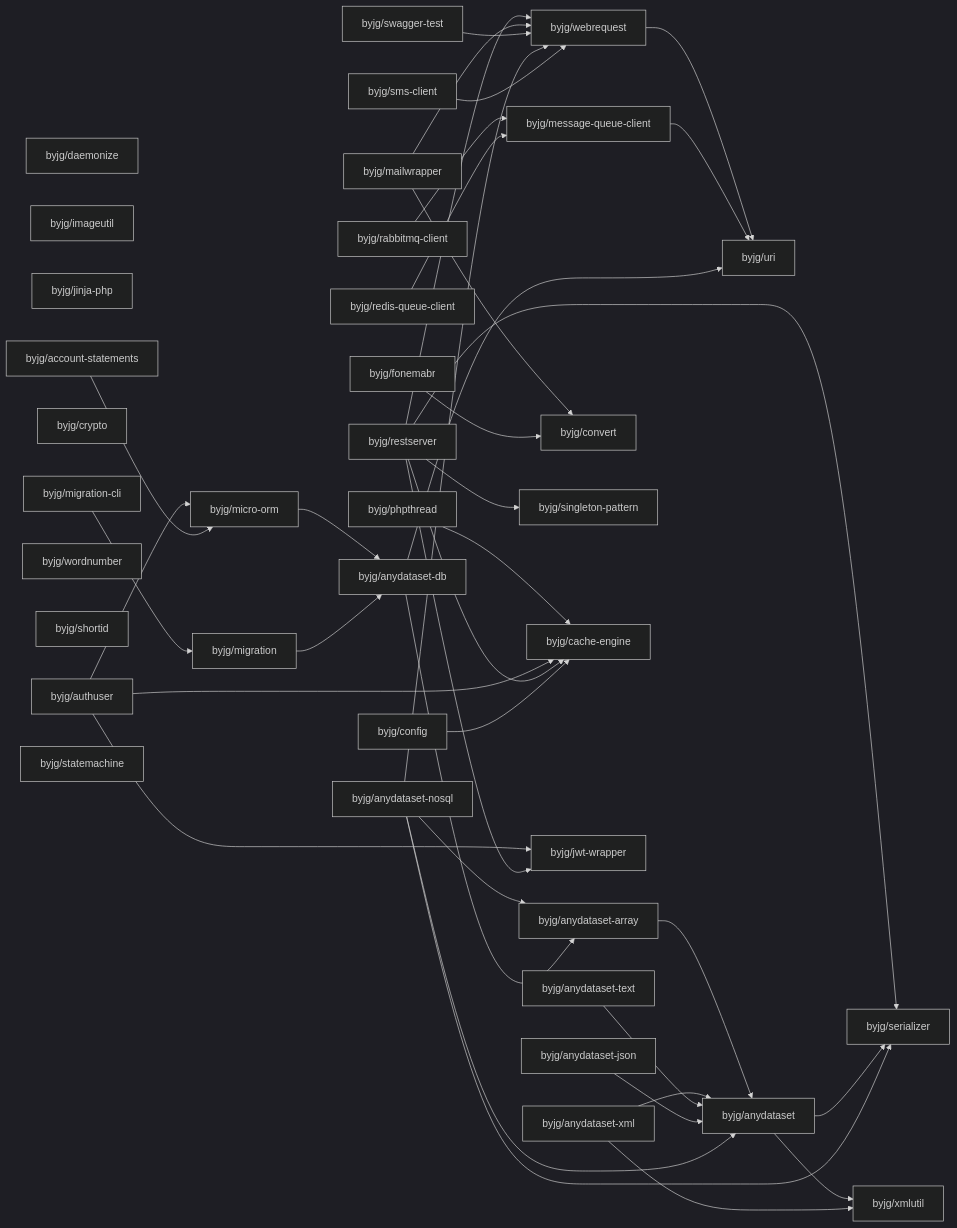
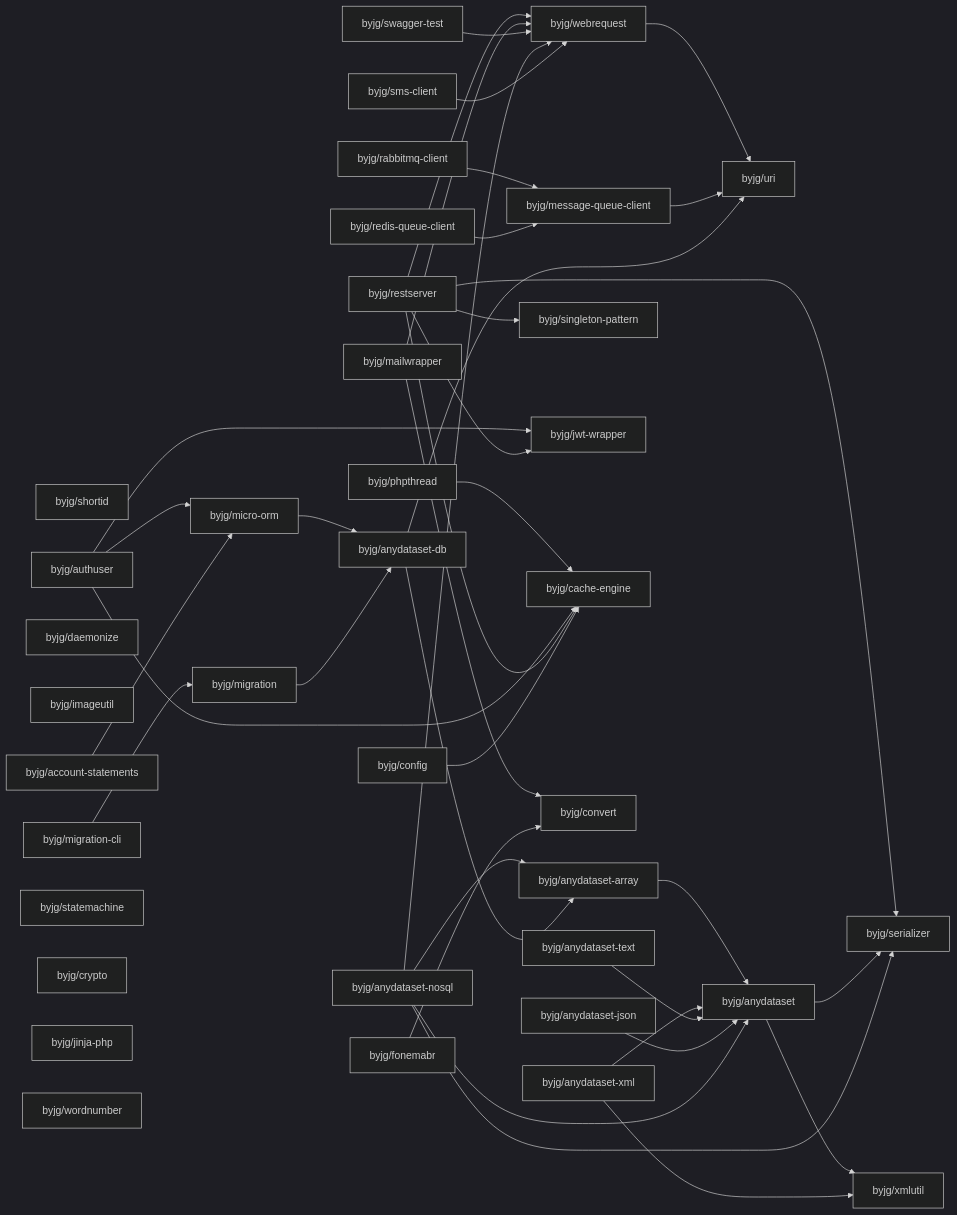
One commit to byjg/byjg.github.io changed the diagram in docs/php/README.md. Above: the diagram before and after it, drawn with Mermaid (dark theme). The commit also changed other lines of this file, not shown here.

Commit message:
Update documentation 'php' 'php-account-statements'

````diff
--- a/docs/php/README.md
+++ b/docs/php/README.md
@@ -3,76 +3,76 @@
 ```mermaid
 graph LR;
-  byjg/mailwrapper;
   byjg/redis-queue-client;
+  byjg/shortid;
+  byjg/rabbitmq-client;
+  byjg/config;
+  byjg/migration-cli;
   byjg/anydataset-nosql;
   byjg/daemonize;
-  byjg/rabbitmq-client;
+  byjg/imageutil;
+  byjg/fonemabr;
+  byjg/restserver;
+  byjg/authuser;
+  byjg/account-statements;
+  byjg/phpthread;
+  byjg/sms-client;
+  byjg/mailwrapper;
+  byjg/anydataset-json;
+  byjg/statemachine;
   byjg/swagger-test;
-  byjg/imageutil;
+  byjg/crypto;
+  byjg/anydataset-text;
   byjg/jinja-php;
   byjg/anydataset-xml;
-  byjg/authuser;
-  byjg/phpthread;
-  byjg/crypto;
-  byjg/migration-cli;
-  byjg/fonemabr;
-  byjg/anydataset-json;
   byjg/wordnumber;
-  byjg/config;
-  byjg/shortid;
-  byjg/account-statements;
-  byjg/restserver;
-  byjg/statemachine;
-  byjg/anydataset-text;
-  byjg/sms-client;
   byjg/message-queue-client;
   byjg/migration;
+  byjg/singleton-pattern;
+  byjg/jwt-wrapper;
+  byjg/micro-orm;
+  byjg/cache-engine;
   byjg/convert;
-  byjg/micro-orm;
-  byjg/singleton-pattern;
-  byjg/cache-engine;
-  byjg/jwt-wrapper;
   byjg/webrequest;
   byjg/anydataset-db;
   byjg/anydataset-array;
   byjg/uri;
   byjg/anydataset;
   byjg/serializer;
   byjg/xmlutil;
   byjg/phpthread --> byjg/cache-engine;
   byjg/micro-orm --> byjg/anydataset-db;
   byjg/authuser --> byjg/micro-orm;
   byjg/authuser --> byjg/cache-engine;
   byjg/authuser --> byjg/jwt-wrapper;
   byjg/anydataset-array --> byjg/anydataset;
   byjg/restserver --> byjg/serializer;
   byjg/restserver --> byjg/singleton-pattern;
   byjg/restserver --> byjg/cache-engine;
   byjg/restserver --> byjg/webrequest;
   byjg/restserver --> byjg/jwt-wrapper;
   byjg/mailwrapper --> byjg/convert;
   byjg/mailwrapper --> byjg/webrequest;
   byjg/swagger-test --> byjg/webrequest;
   byjg/migration --> byjg/anydataset-db;
   byjg/account-statements --> byjg/micro-orm;
   byjg/anydataset --> byjg/serializer;
   byjg/anydataset --> byjg/xmlutil;
   byjg/fonemabr --> byjg/convert;
   byjg/anydataset-xml --> byjg/anydataset;
   byjg/anydataset-xml --> byjg/xmlutil;
   byjg/webrequest --> byjg/uri;
   byjg/config --> byjg/cache-engine;
   byjg/migration-cli --> byjg/migration;
   byjg/anydataset-text --> byjg/anydataset;
   byjg/message-queue-client --> byjg/uri;
   byjg/anydataset-json --> byjg/anydataset;
   byjg/anydataset-nosql --> byjg/anydataset;
   byjg/anydataset-nosql --> byjg/anydataset-array;
   byjg/anydataset-nosql --> byjg/serializer;
   byjg/anydataset-nosql --> byjg/webrequest;
   byjg/anydataset-db --> byjg/anydataset-array;
   byjg/anydataset-db --> byjg/uri;
   byjg/rabbitmq-client --> byjg/message-queue-client;
   byjg/redis-queue-client --> byjg/message-queue-client;
   byjg/sms-client --> byjg/webrequest;
 ```
````
